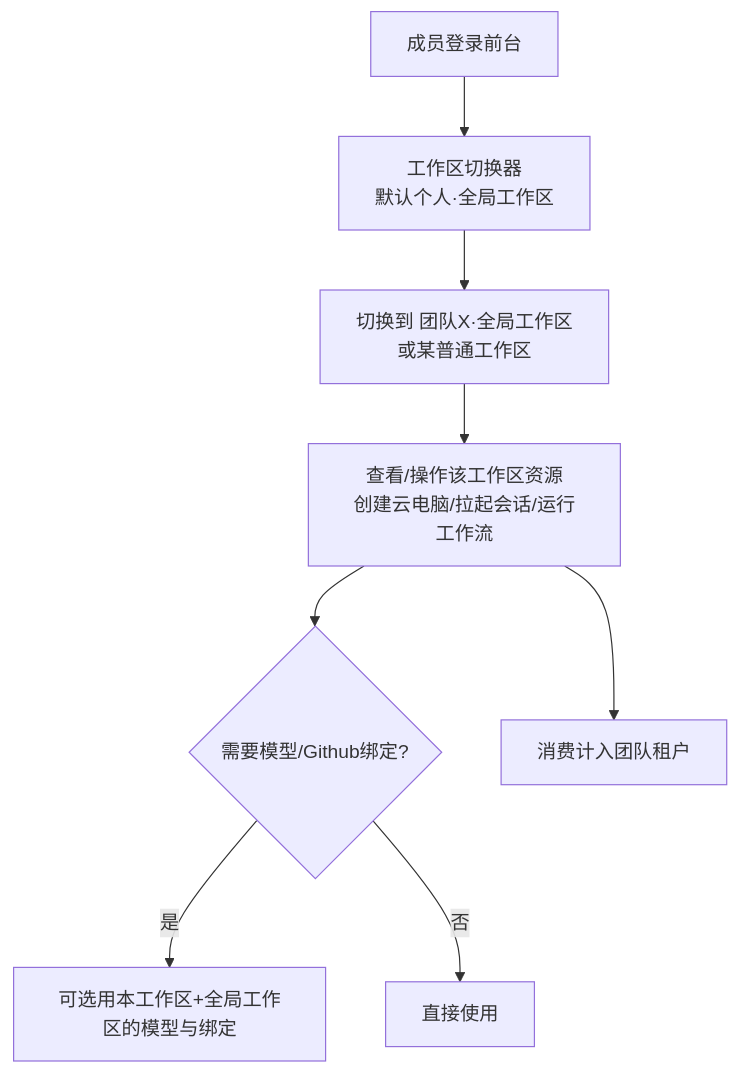
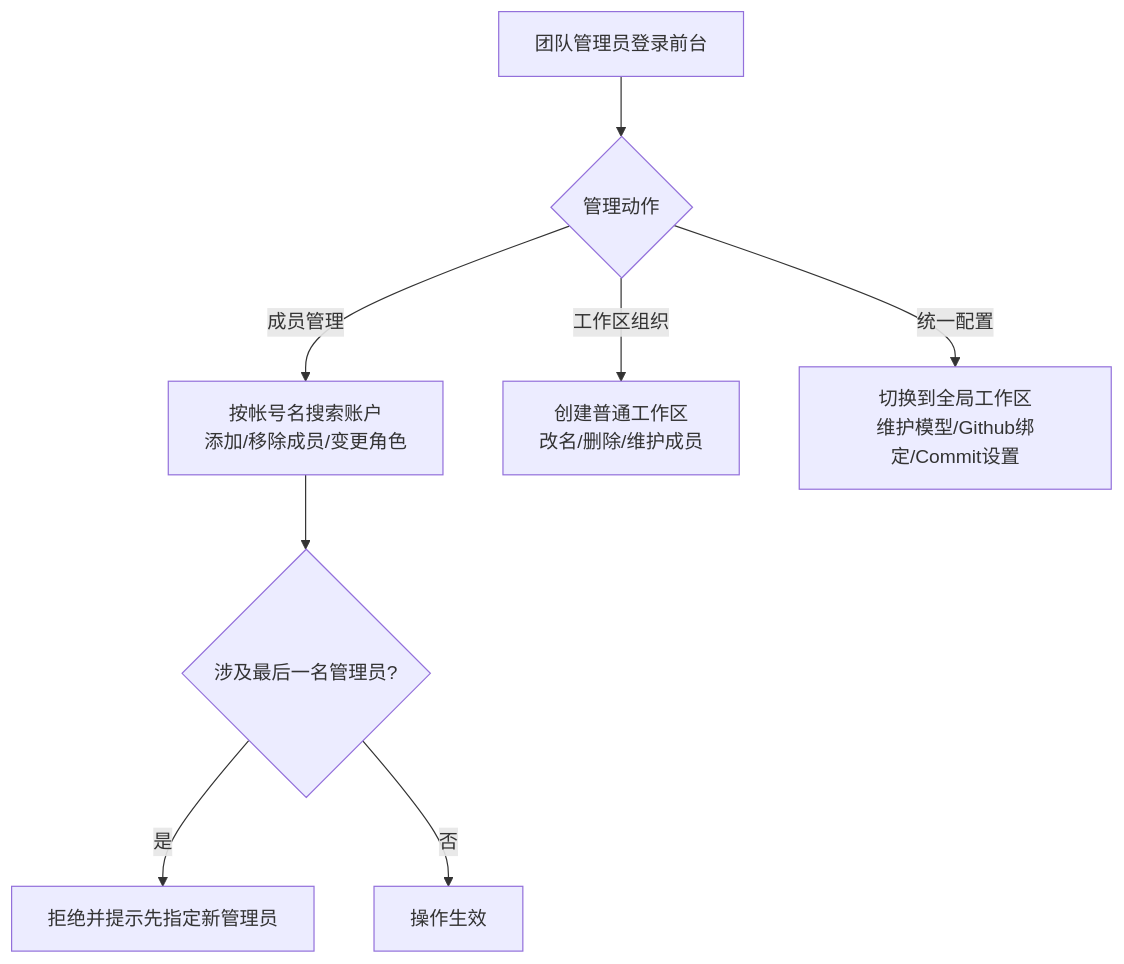
The third of 4 diagrams in docs/product/draft/20261028-multi-tenant-phase2.md (Deliay/z-agent-gear), drawn with Mermaid before and after one commit. The commit also changed other lines of this file and 3 other files, not shown here.

````diff
--- a/docs/product/draft/20261028-multi-tenant-phase2.md
+++ b/docs/product/draft/20261028-multi-tenant-phase2.md
@@ -209,10 +239,10 @@
 ```mermaid
 flowchart TD
-    A[成员登录前台] --> B[工作区切换器<br/>默认个人·全局工作区]
-    B --> C[切换到 团队X·全局工作区<br/>或某普通工作区]
-    C --> D[查看/操作该工作区资源<br/>创建云电脑/拉起会话/运行工作流]
-    D --> E{需要模型/Github绑定?}
-    E -->|是| F[可选用本工作区+全局工作区的模型与绑定]
-    E -->|否| G[直接使用]
-    D --> H[消费计入团队租户]
+    A[团队管理员登录前台] --> B{管理动作}
+    B -->|成员管理| C[按帐号名搜索账户<br/>添加/移除成员/变更角色]
+    B -->|工作区组织| D[创建普通工作区<br/>改名/删除/维护成员]
+    B -->|统一配置| E[切换到全局工作区<br/>维护模型/Github绑定/Commit设置]
+    C --> F{涉及最后一名管理员?}
+    F -->|是| G[拒绝并提示先指定新管理员]
+    F -->|否| H[操作生效]
 ```
````
